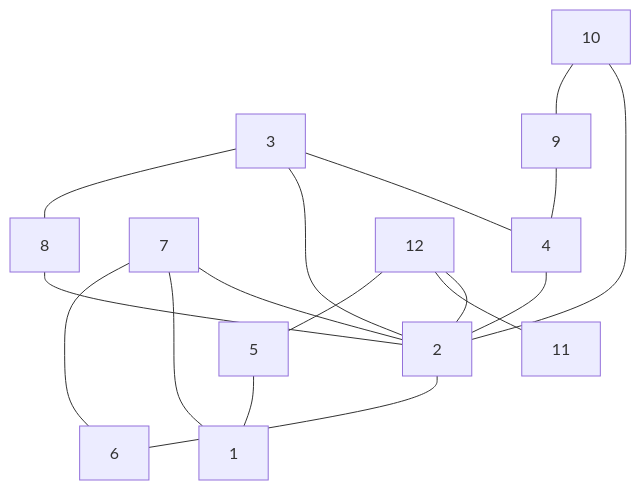
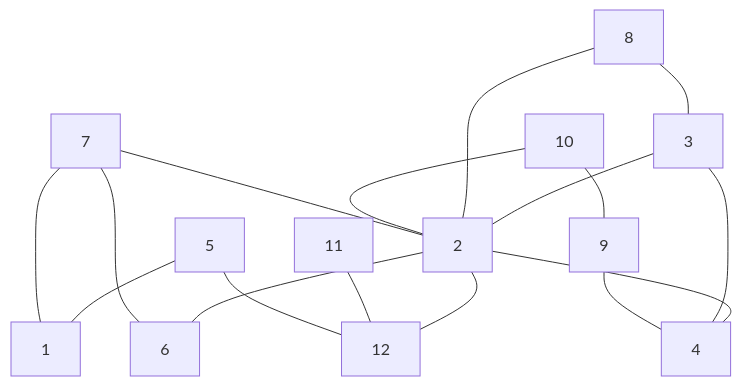
The diagram in README.md (antononcube/Raku-Graph), drawn with Mermaid before and after one commit. The commit also changed other lines of this file and 1 other file, not shown here.

````diff
--- a/README.md
+++ b/README.md
@@ -84,19 +84,19 @@
 ```mermaid
 graph TD
-3 --- 4
-3 --- 2
-3 --- 8
-12 --- 2
-12 --- 11
-12 --- 5
-10 --- 2
-10 --- 9
-9 --- 4
 7 --- 2
 7 --- 1
 7 --- 6
+5 --- 12
 5 --- 1
-4 --- 2
+10 --- 9
+10 --- 2
+9 --- 4
+8 --- 3
 8 --- 2
+3 --- 2
+3 --- 4
+11 --- 12
 2 --- 6
+2 --- 4
+2 --- 12
 ```
````
